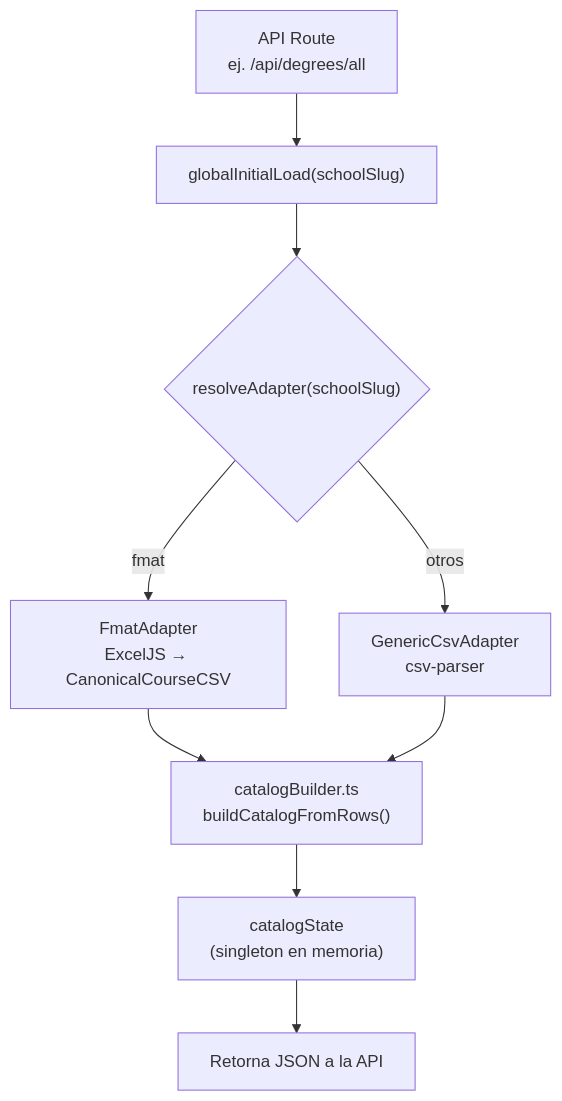
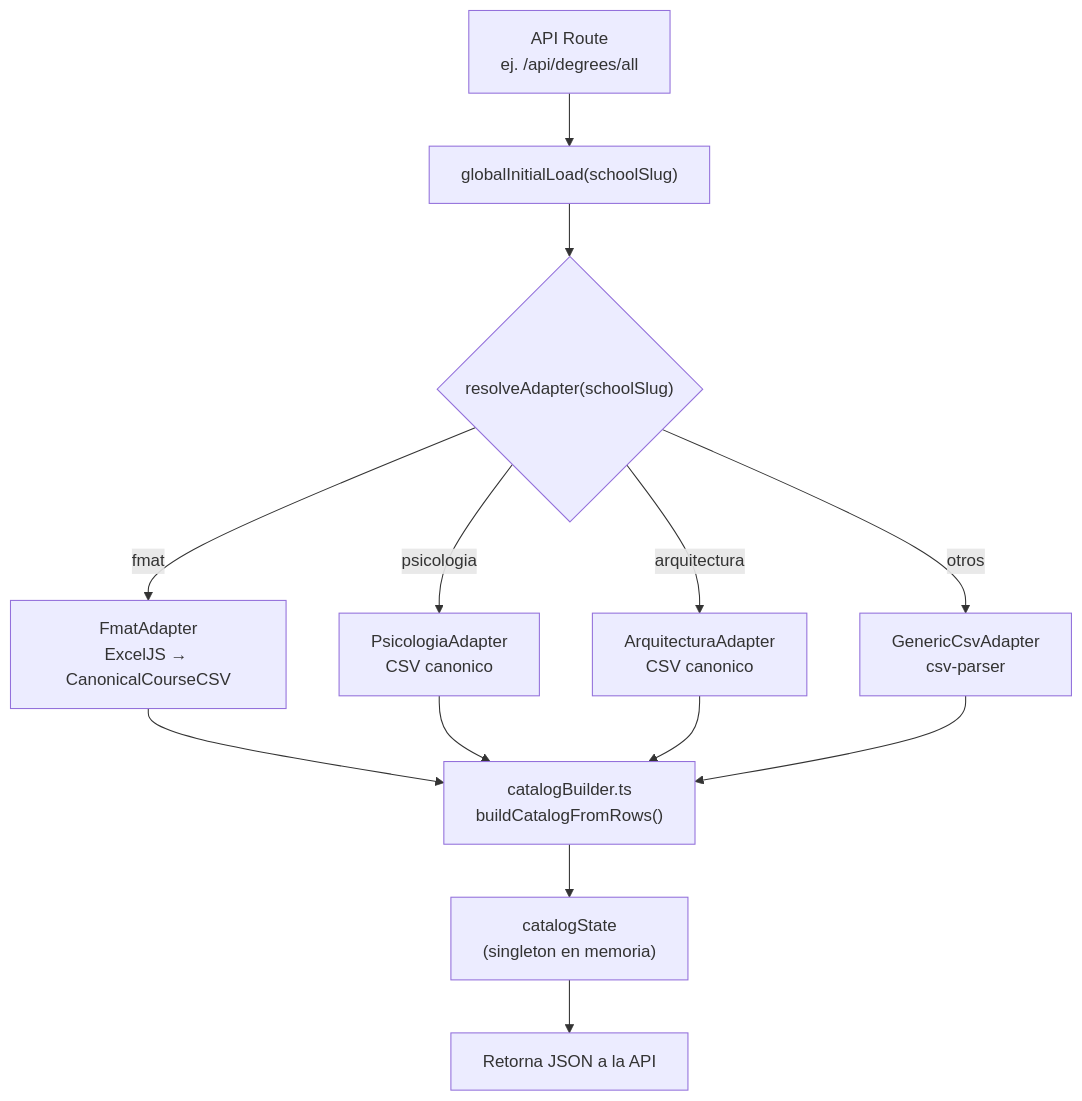
The ninth of 22 diagrams in docs/architecture.md (KiinMx/Kiin), drawn with Mermaid before and after one commit. The commit also changed other lines of this file, not shown here.

Commit message:
docs: update architecture

````diff
--- a/docs/architecture.md
+++ b/docs/architecture.md
@@ -398,11 +401,15 @@
 ```mermaid
 flowchart TD
     API["API Route<br/>ej. /api/degrees/all"] --> GIL["globalInitialLoad(schoolSlug)"]
     GIL --> Factory{"resolveAdapter(schoolSlug)"}
     Factory -->|"fmat"| Fmat["FmatAdapter<br/>ExcelJS → CanonicalCourseCSV"]
+    Factory -->|"psicologia"| Psi["PsicologiaAdapter<br/>CSV canonico"]
+    Factory -->|"arquitectura"| Arq["ArquitecturaAdapter<br/>CSV canonico"]
     Factory -->|"otros"| Generic["GenericCsvAdapter<br/>csv-parser"]
     Fmat --> CB["catalogBuilder.ts<br/>buildCatalogFromRows()"]
+    Psi --> CB
+    Arq --> CB
     Generic --> CB
     CB --> State["catalogState<br/>(singleton en memoria)"]
     State --> API2["Retorna JSON a la API"]
 ```
````
